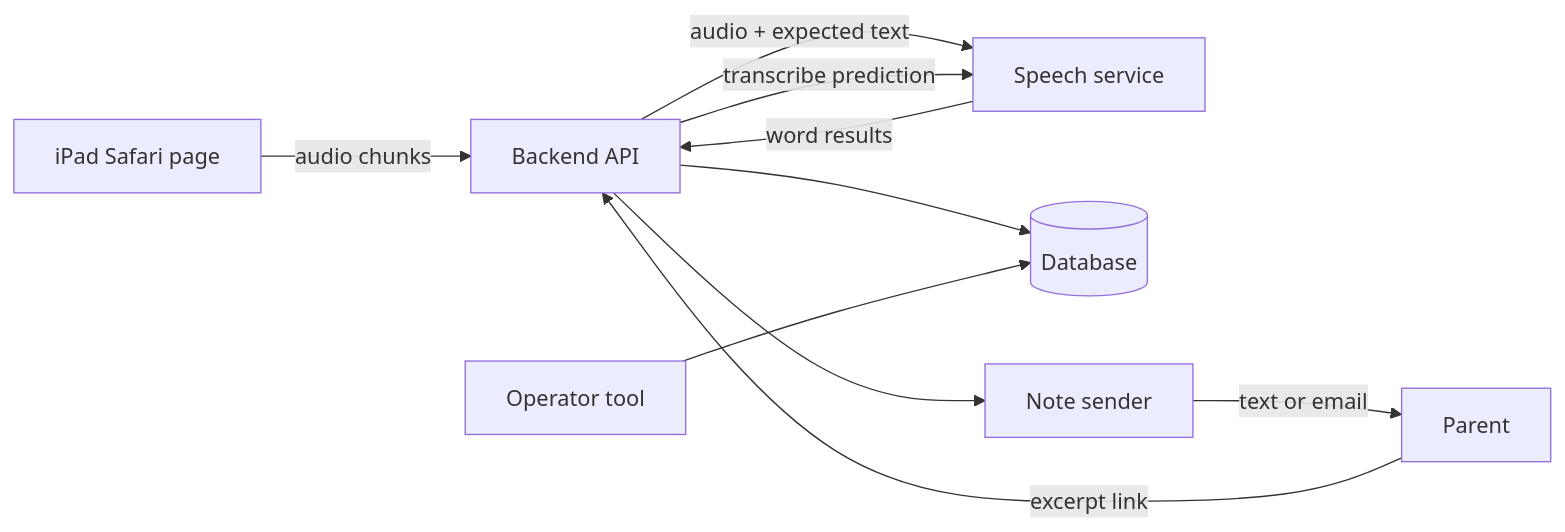
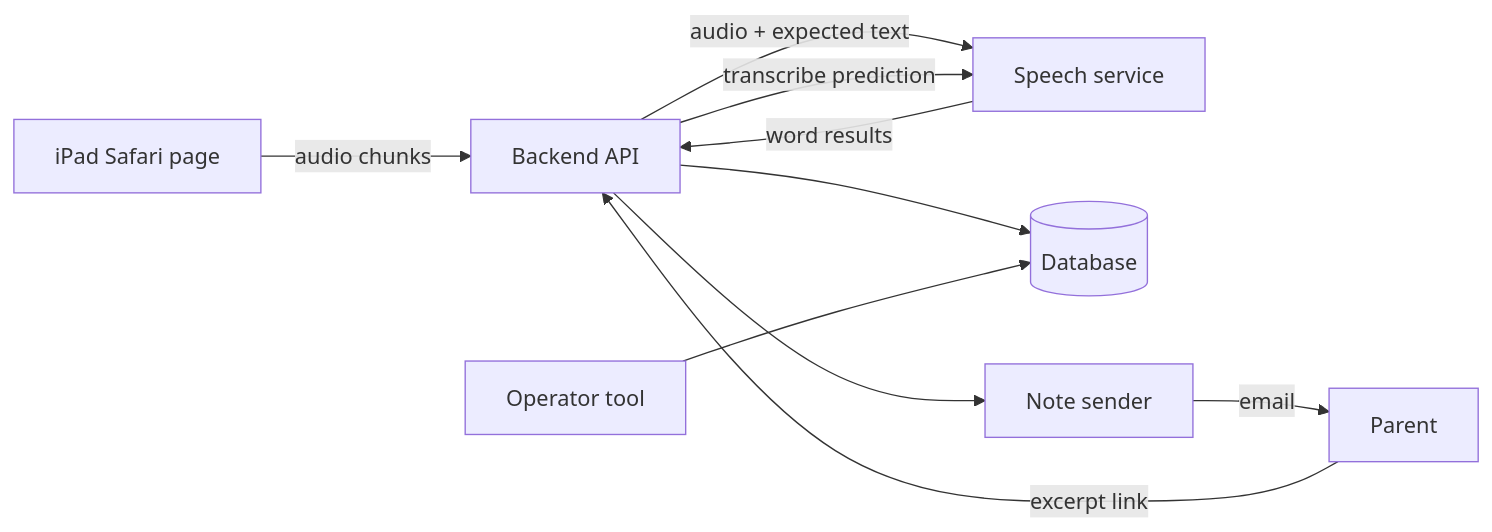
One commit to Nishi46/primer changed the diagram in docs/05-technical-design.md. Above: the diagram before and after it, drawn with Mermaid. The commit also changed other lines of this file and 4 other files, not shown here.

````diff
--- a/docs/05-technical-design.md
+++ b/docs/05-technical-design.md
@@ -16,12 +16,12 @@
 ```mermaid
 flowchart LR
     T[iPad Safari page] -->|audio chunks| S[Backend API]
     S -->|audio + expected text| V[Speech service]
     V -->|word results| S
     S --> D[(Database)]
     S -->|transcribe prediction| V
     S --> N[Note sender]
-    N -->|text or email| P[Parent]
+    N -->|email| P[Parent]
     P -->|excerpt link| S
     O[Operator tool] --> D
 ```
````
